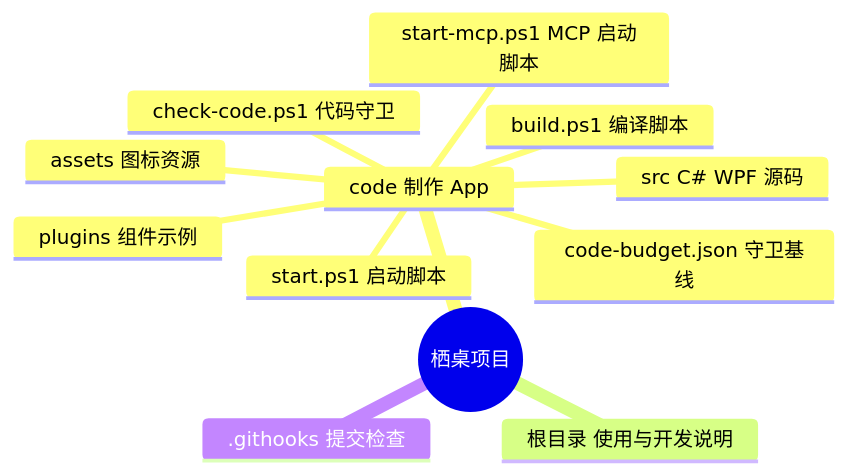
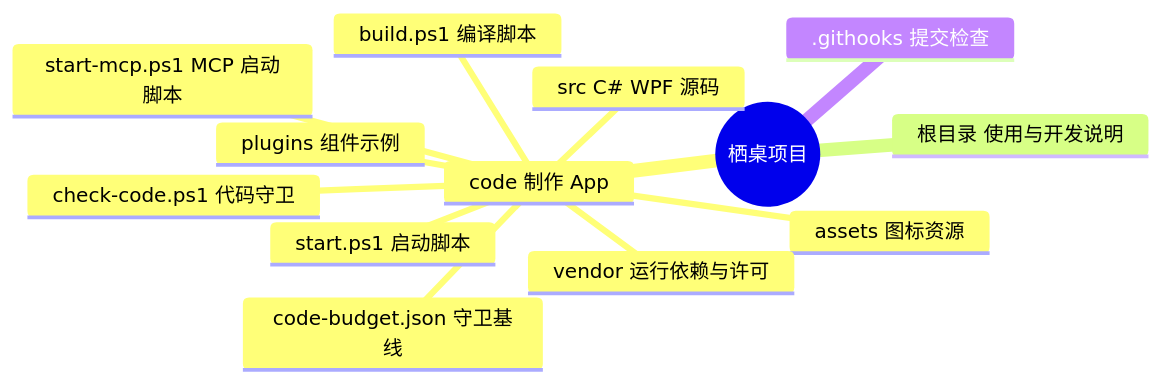
The diagram in PROJECT_MAP.md (Oxygen-Wang/AI-Desktop), drawn with Mermaid before and after one commit. The commit also changed other lines of this file and 20 other files, not shown here.

````diff
--- a/PROJECT_MAP.md
+++ b/PROJECT_MAP.md
@@ -5,15 +5,16 @@
 ```mermaid
 mindmap
   root((栖桌项目))
     code 制作 App
       src C# WPF 源码
       assets 图标资源
       plugins 组件示例
+      vendor 运行依赖与许可
       build.ps1 编译脚本
       check-code.ps1 代码守卫
       code-budget.json 守卫基线
       start.ps1 启动脚本
       start-mcp.ps1 MCP 启动脚本
     根目录 使用与开发说明
     .githooks 提交检查
 ```
````
